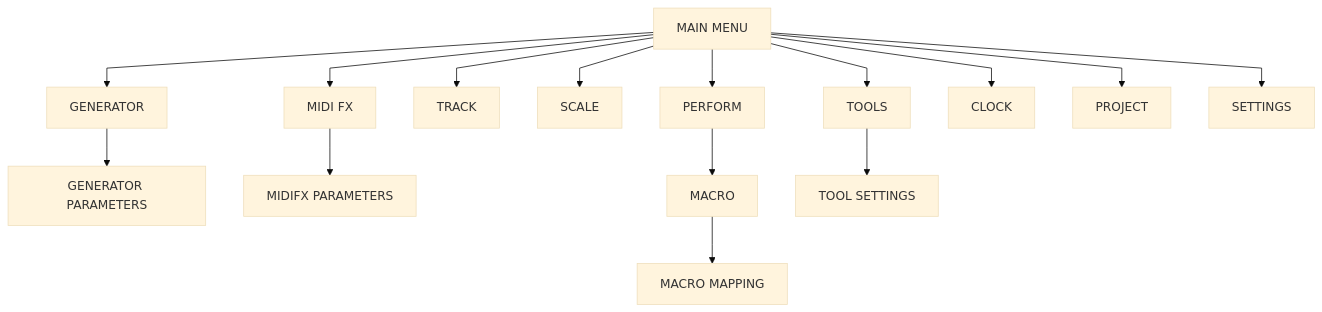
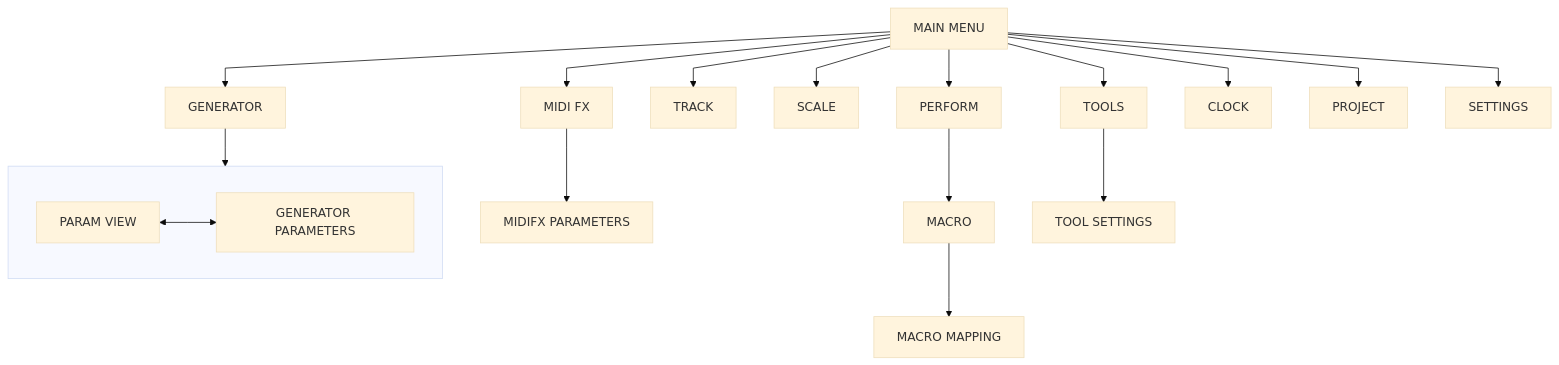
The diagram in docs/menunavigation.md (SpektroAudio/NGEN-UserManual), drawn with Mermaid (base theme) before and after one commit. The commit also changed other lines of this file and 17 other files, not shown here.

````diff
--- a/docs/menunavigation.md
+++ b/docs/menunavigation.md
@@ -17,20 +17,26 @@
 ``` mermaid
 %%{init: {'flowchart' : {'curve' : 'linear'}}}%%
 flowchart TD
   A[MAIN MENU] --> B[GENERATOR];
   A --> C[MIDI FX];
   A --> D[TRACK];
   A --> E[SCALE];
   A --> F[PERFORM];
   A --> G[TOOLS];
   A --> H[CLOCK];
   A --> I[PROJECT];
   A --> J[SETTINGS];
 
-  B --> K[GENERATOR PARAMETERS];
+  subgraph GEN [ ]
+    direction LR
+    P[PARAM VIEW] <--> K[GENERATOR PARAMETERS]
+  end
+  B --> GEN
+  
   C --> L[MIDIFX PARAMETERS];
   F --> M[MACRO];
   M --> N[MACRO MAPPING];
   G --> O[TOOL SETTINGS];
 
+
 ```
````
